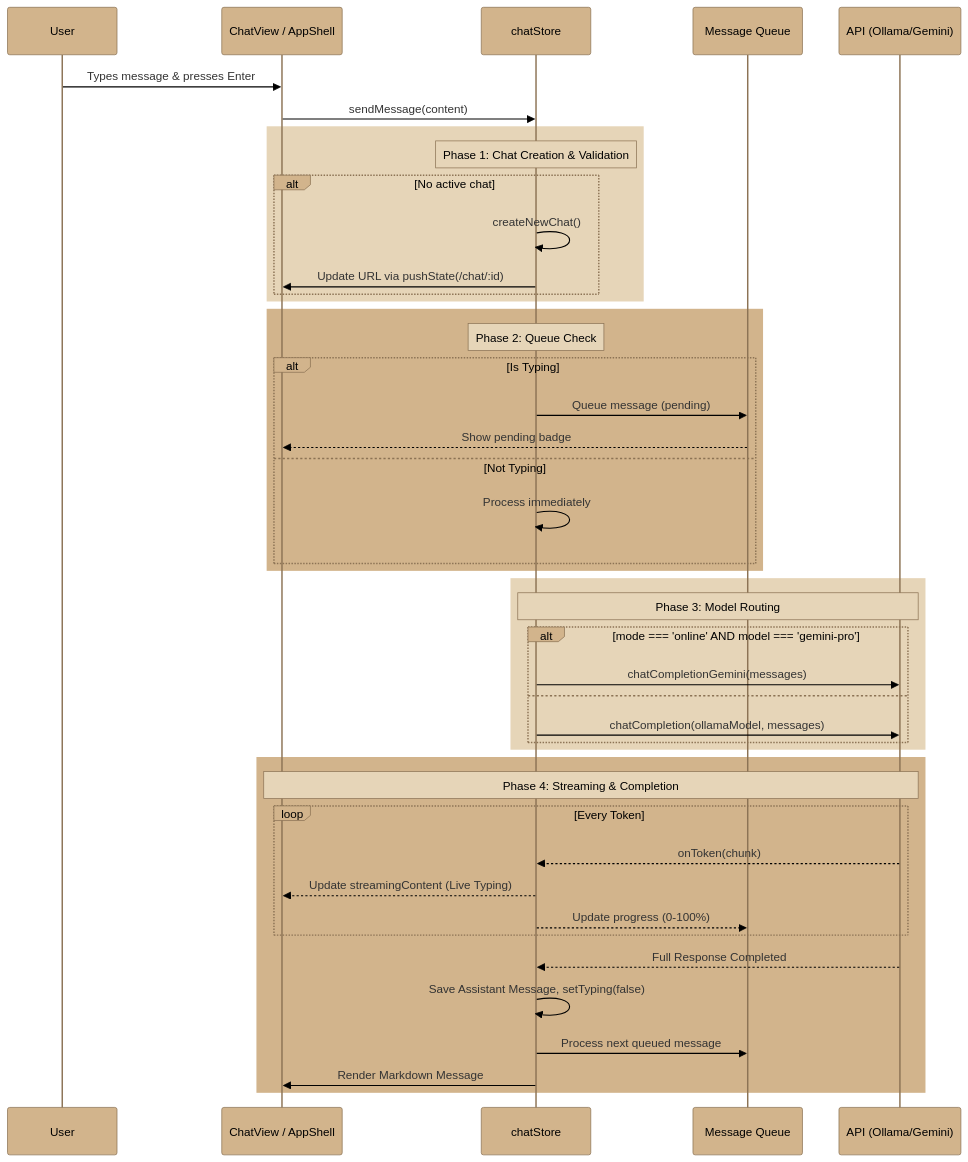
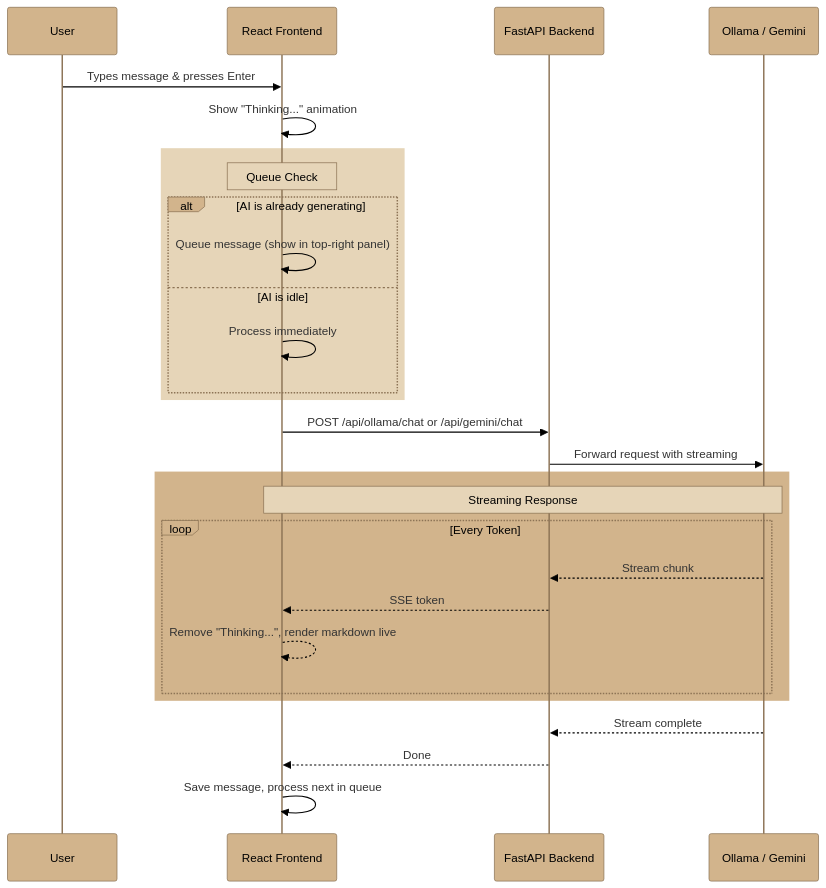
One commit to GaganCB2002/chat changed the second of 2 diagrams in README.md. Above: the diagram before and after it, drawn with Mermaid. The commit also changed other lines of this file, not shown here.

Commit message:
docs: update README with full-stack documentation, API endpoints, and architecture diagrams

````diff
--- a/README.md
+++ b/README.md
@@ -103,52 +211,36 @@
 ```mermaid
 %%{init: {'theme': 'base', 'themeVariables': { 'actorBkg': '#d2b48c', 'actorBorder': '#8c7355', 'actorTextColor': '#000', 'noteBkgColor': '#e6d5b8', 'noteBorderColor': '#8c7355', 'noteTextColor': '#000', 'signalColor': '#000'}}}%%
 sequenceDiagram
     participant User
-    participant UI as ChatView / AppShell
-    participant Store as chatStore
-    participant Queue as Message Queue
-    participant API as API (Ollama/Gemini)
+    participant Frontend as React Frontend
+    participant Backend as FastAPI Backend
+    participant AI as Ollama / Gemini
 
-    User->>UI: Types message & presses Enter
-    UI->>Store: sendMessage(content)
+    User->>Frontend: Types message & presses Enter
+    Frontend->>Frontend: Show "Thinking..." animation
 
     rect rgb(230, 213, 184)
-        Note over Store: Phase 1: Chat Creation & Validation
-        alt No active chat
-            Store->>Store: createNewChat()
-            Store->>UI: Update URL via pushState(/chat/:id)
+        Note over Frontend: Queue Check
+        alt AI is already generating
+            Frontend->>Frontend: Queue message (show in top-right panel)
+        else AI is idle
+            Frontend->>Frontend: Process immediately
         end
     end
 
+    Frontend->>Backend: POST /api/ollama/chat or /api/gemini/chat
+    Backend->>AI: Forward request with streaming
+
     rect rgb(210, 180, 140)
-        Note over Store: Phase 2: Queue Check
-        alt Is Typing
-            Store->>Queue: Queue message (pending)
-            Queue-->>UI: Show pending badge
-        else Not Typing
-            Store->>Store: Process immediately
+        Note over AI,Frontend: Streaming Response
+        loop Every Token
+            AI-->>Backend: Stream chunk
+            Backend-->>Frontend: SSE token
+            Frontend-->>Frontend: Remove "Thinking...", render markdown live
         end
     end
 
-    rect rgb(230, 213, 184)
-        Note over Store,API: Phase 3: Model Routing
-        alt mode === 'online' AND model === 'gemini-pro'
-            Store->>API: chatCompletionGemini(messages)
-        else
-            Store->>API: chatCompletion(ollamaModel, messages)
-        end
-    end
-
-    rect rgb(210, 180, 140)
-        Note over API,UI: Phase 4: Streaming & Completion
-        loop Every Token
-            API-->>Store: onToken(chunk)
-            Store-->>UI: Update streamingContent (Live Typing)
-            Store-->>Queue: Update progress (0-100%)
-        end
-        API-->>Store: Full Response Completed
-        Store->>Store: Save Assistant Message, setTyping(false)
-        Store->>Queue: Process next queued message
-        Store->>UI: Render Markdown Message
-    end
+    AI-->>Backend: Stream complete
+    Backend-->>Frontend: Done
+    Frontend->>Frontend: Save message, process next in queue
 ```
````
